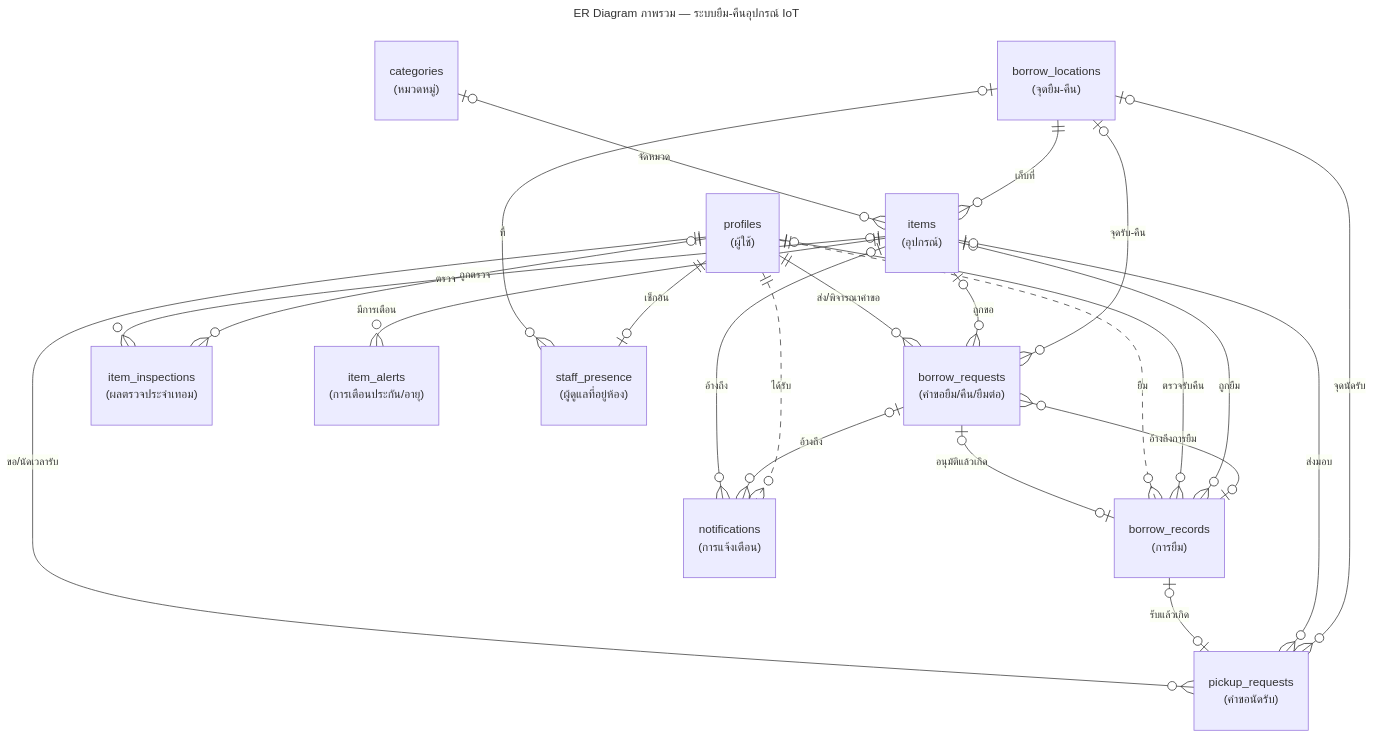
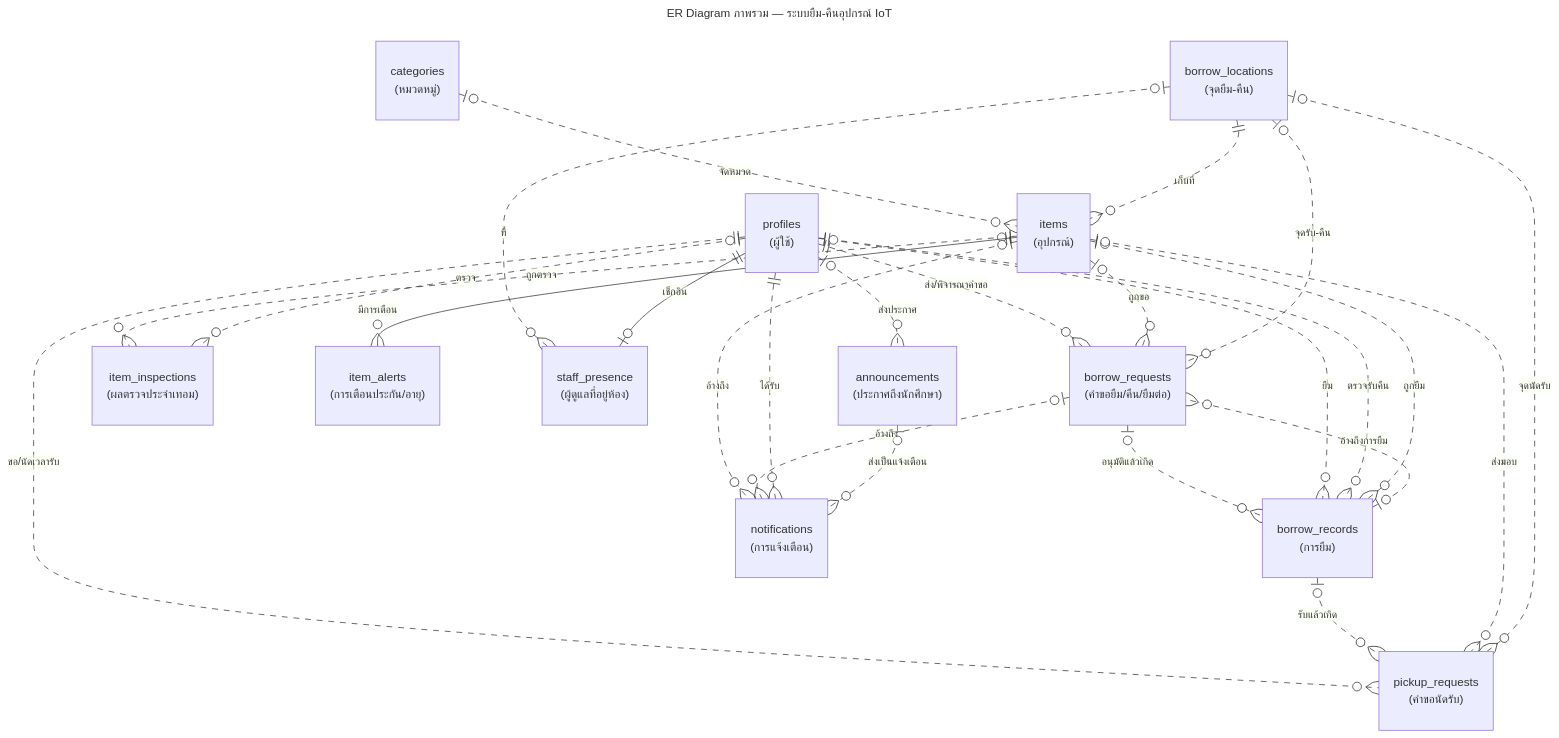
The diagram in iot-lab-management/docs/diagrams/src/er-borrow-overview.mmd (Sineeyagron/Project1), drawn with Mermaid before and after one commit. The commit also changed 27 other files, not shown here.

```diff
--- a/iot-lab-management/docs/diagrams/src/er-borrow-overview.mmd
+++ b/iot-lab-management/docs/diagrams/src/er-borrow-overview.mmd
@@ -1,40 +1,44 @@
 ---
 title: ER Diagram ภาพรวม — ระบบยืม-คืนอุปกรณ์ IoT
 ---
 %% ระดับแนวคิด: entity + ความสัมพันธ์ (ไม่แสดงคอลัมน์) — คอลัมน์หลักดู er-borrow, ทั้งหมดดู Data Dictionary
-%% ไม่รวมตารางตั้งค่าที่ไม่มีความสัมพันธ์ (app_settings, item_code_counters) · FK หลายตัวระหว่างคู่เดียวกันรวมเป็นเส้นเดียว (ป้ายบอกทุกบทบาท) ยกเว้นคนละทิศ หรือเส้นประ (ไม่มี FK) กับเส้นทึบ
+%% ไม่รวมตารางตั้งค่าที่ไม่มีความสัมพันธ์ (app_settings, item_code_counters) และตารางที่ FK ชี้ auth.users (push_subscriptions, client_errors) · FK หลายตัวระหว่างคู่เดียวกันรวมเป็นเส้นเดียว (ป้ายบอกทุกบทบาท) ยกเว้นคนละทิศ หรือ null ต่างกัน
+%% สัญลักษณ์ Crow's Foot (IE): เส้นทึบ = identifying (PK ของลูกมี FK ของแม่) · เส้นประ = non-identifying · จำนวนฝั่งลูกตาม constraint จริง (ไม่มี unique = หลายแถว)
 erDiagram
   profiles["profiles<br/>(ผู้ใช้)"]
   categories["categories<br/>(หมวดหมู่)"]
   borrow_locations["borrow_locations<br/>(จุดยืม-คืน)"]
   items["items<br/>(อุปกรณ์)"]
   borrow_requests["borrow_requests<br/>(คำขอยืม/คืน/ยืมต่อ)"]
   borrow_records["borrow_records<br/>(การยืม)"]
   pickup_requests["pickup_requests<br/>(คำขอนัดรับ)"]
   item_inspections["item_inspections<br/>(ผลตรวจประจำเทอม)"]
   item_alerts["item_alerts<br/>(การเตือนประกัน/อายุ)"]
   staff_presence["staff_presence<br/>(ผู้ดูแลที่อยู่ห้อง)"]
   notifications["notifications<br/>(การแจ้งเตือน)"]
+  announcements["announcements<br/>(ประกาศถึงนักศึกษา)"]
 
-  categories |o--o{ items : "จัดหมวด"
-  borrow_locations ||--o{ items : "เก็บที่"
-  profiles ||--o{ borrow_requests : "ส่ง/พิจารณาคำขอ"
-  items |o--o{ borrow_requests : "ถูกขอ"
-  borrow_requests |o--o| borrow_records : "อนุมัติแล้วเกิด"
-  borrow_records |o--o{ borrow_requests : "อ้างถึงการยืม"
+  categories |o..o{ items : "จัดหมวด"
+  borrow_locations ||..o{ items : "เก็บที่"
+  profiles ||..o{ borrow_requests : "ส่ง/พิจารณาคำขอ"
+  items |o..o{ borrow_requests : "ถูกขอ"
+  borrow_requests |o..o{ borrow_records : "อนุมัติแล้วเกิด"
+  borrow_records |o..o{ borrow_requests : "อ้างถึงการยืม"
   profiles ||..o{ borrow_records : "ยืม"
-  profiles |o--o{ borrow_records : "ตรวจรับคืน"
-  items |o--o{ borrow_records : "ถูกยืม"
-  profiles ||--o{ pickup_requests : "ขอ/นัดเวลารับ"
-  borrow_records |o--o| pickup_requests : "รับแล้วเกิด"
-  items |o--o{ item_inspections : "ถูกตรวจ"
-  profiles |o--o{ item_inspections : "ตรวจ"
-  items |o--o{ pickup_requests : "ส่งมอบ"
-  borrow_locations |o--o{ borrow_requests : "จุดรับ-คืน"
-  borrow_locations |o--o{ pickup_requests : "จุดนัดรับ"
-  borrow_locations |o--o{ staff_presence : "ที่"
-  items |o--o{ notifications : "อ้างถึง"
-  borrow_requests |o--o{ notifications : "อ้างถึง"
+  profiles |o..o{ borrow_records : "ตรวจรับคืน"
+  items |o..o{ borrow_records : "ถูกยืม"
+  profiles ||..o{ pickup_requests : "ขอ/นัดเวลารับ"
+  borrow_records |o..o{ pickup_requests : "รับแล้วเกิด"
+  items |o..o{ item_inspections : "ถูกตรวจ"
+  profiles |o..o{ item_inspections : "ตรวจ"
+  items |o..o{ pickup_requests : "ส่งมอบ"
+  borrow_locations |o..o{ borrow_requests : "จุดรับ-คืน"
+  borrow_locations |o..o{ pickup_requests : "จุดนัดรับ"
+  borrow_locations |o..o{ staff_presence : "ที่"
+  items |o..o{ notifications : "อ้างถึง"
+  borrow_requests |o..o{ notifications : "อ้างถึง"
   items ||--o{ item_alerts : "มีการเตือน"
   profiles ||--o| staff_presence : "เช็กอิน"
   profiles ||..o{ notifications : "ได้รับ"
+  profiles |o..o{ announcements : "ส่งประกาศ"
+  announcements |o..o{ notifications : "ส่งเป็นแจ้งเตือน"
```
